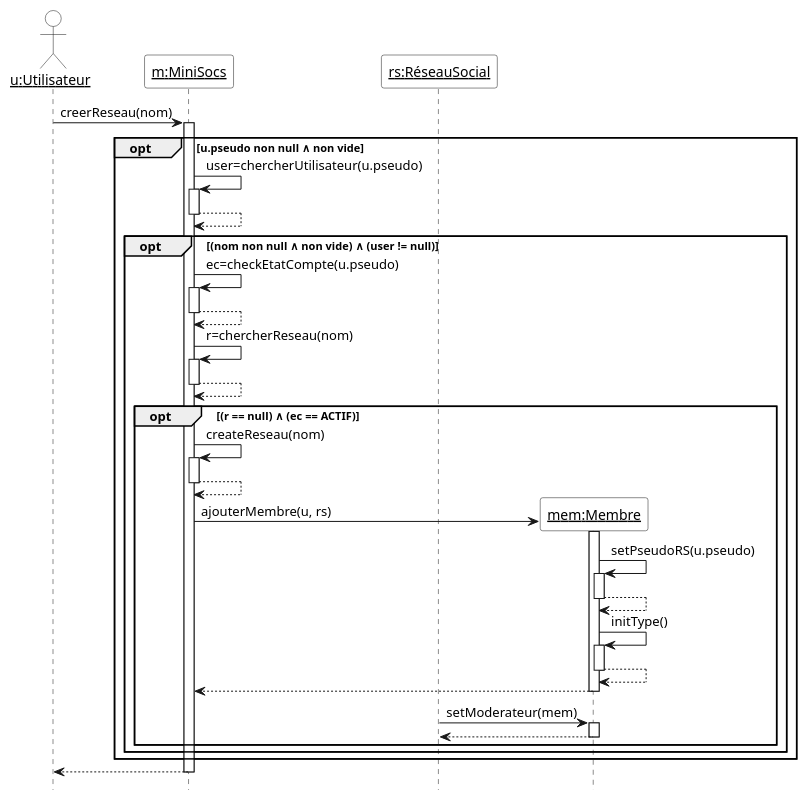
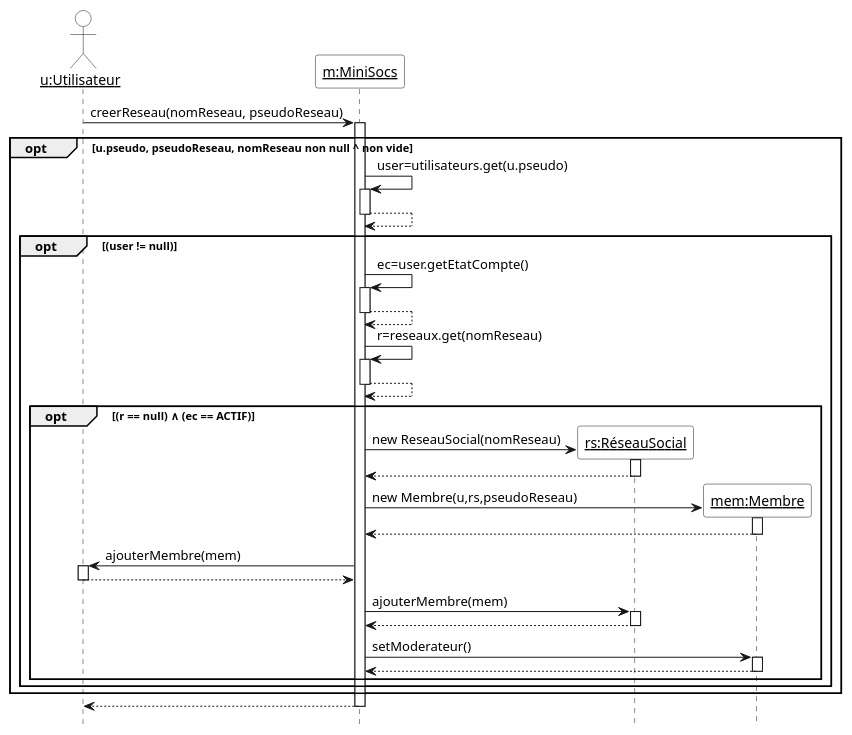
One commit to ThELud0/Minisocs changed the diagram in Diagrammes/minisocs_uml_diag_seq_creer_reseau.pu. Above: the diagram before and after it, drawn with PlantUML. The commit also changed 7 other files, not shown here.

Commit message:
readme diagramme de classe (retiré enum typemembre) et adaptation diagramme sequence creerReseauSocial

```diff
--- a/Diagrammes/minisocs_uml_diag_seq_creer_reseau.pu
+++ b/Diagrammes/minisocs_uml_diag_seq_creer_reseau.pu
@@ -1,45 +1,46 @@
 @startuml
 
 'Diagramme de séquence (PlantUML)'
 
 'Configuration charte graphique'
 hide footbox
 skinparam sequenceParticipantBackgroundColor White
 skinparam sequenceActorBackgroundColor White
 
 'Déclaration des acteurs et des participants (déjà existants avant la séquence)'
 
 actor "__u:Utilisateur__" as u
-participant "__m:MiniSocs__" as m
-participant "__rs:RéseauSocial__" as rs
+participant "__m:MiniSocs__" as m 
 
 'Séquence avec les messages, les créations de participants, etc.'
 
-u -> m ++ : creerReseau(nom)
-opt u.pseudo non null ∧ non vide
-m -> m ++ : user=chercherUtilisateur(u.pseudo)
+u -> m ++ : creerReseau(nomReseau, pseudoReseau)
+opt u.pseudo, pseudoReseau, nomReseau non null ^ non vide
+m -> m ++ : user=utilisateurs.get(u.pseudo)
 return
-opt (nom non null ∧ non vide) ∧ (user != null)
-m -> m ++ : ec=checkEtatCompte(u.pseudo)
+opt (user != null)
+m -> m ++ : ec=user.getEtatCompte()
 return
-m -> m ++ : r=chercherReseau(nom)
+m -> m ++ : r=reseaux.get(nomReseau)
 return
 opt (r == null) ∧ (ec == ACTIF)
-m -> m ++ : createReseau(nom)
+create "__rs:RéseauSocial__" as rs
+m -> rs ++ : new ReseauSocial(nomReseau)
 return
 create "__mem:Membre__" as mem
-m -> "__mem:Membre__" as mem ++ : ajouterMembre(u, rs)
-mem -> mem ++ : setPseudoRS(u.pseudo)
+m -> mem ++ : new Membre(u,rs,pseudoReseau)
 return
-mem -> mem ++ : initType()
+m -> u ++ : ajouterMembre(mem)
 return
+m -> rs ++ : ajouterMembre(mem)
+return
+m -> "__mem:Membre__" as mem ++ : setModerateur()
 return
 
-rs -> "__mem:Membre__" as mem ++ : setModerateur(mem)
-return
+
 
 end
 end
 end
 return
 @enduml
```
